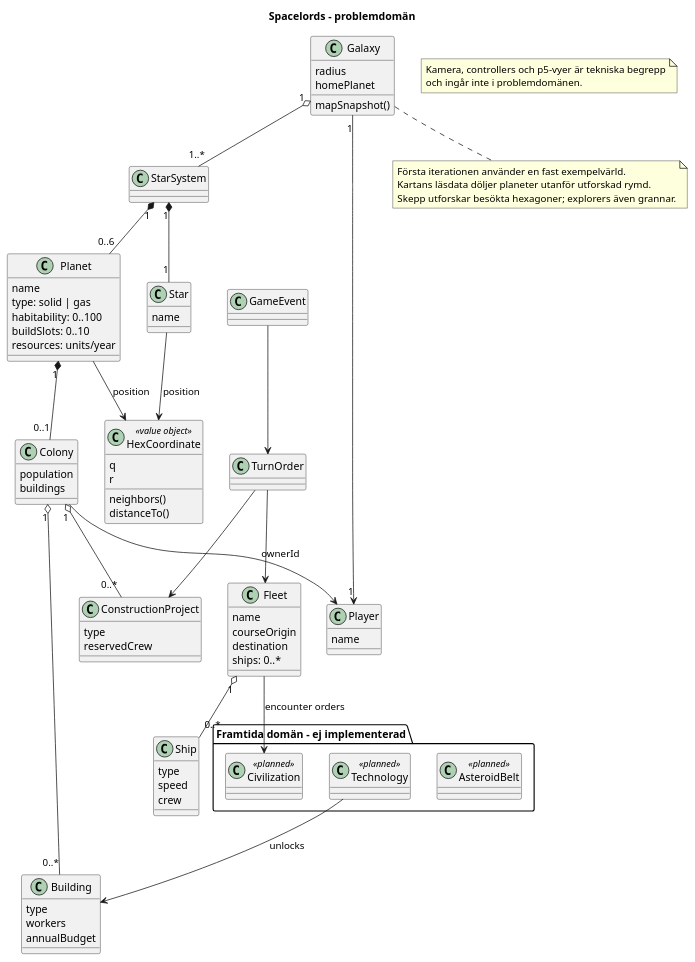
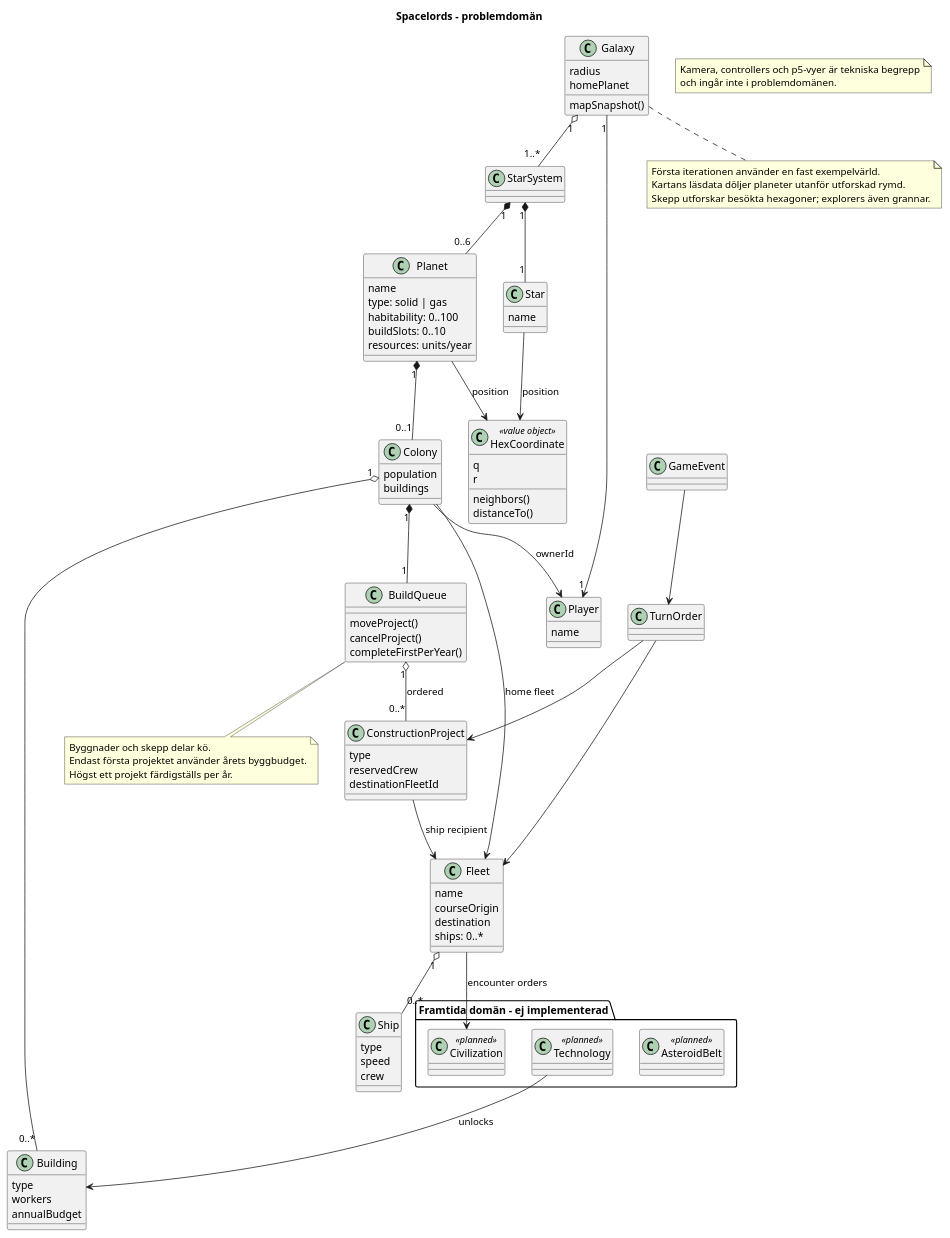
One commit to dntoll/spacelords changed the diagram in docs/domain-model.puml. Above: the diagram before and after it, drawn with PlantUML. The commit also changed 13 other files, not shown here.

Commit message:
Add shared construction queue and ship fleet assignment

```diff
--- a/docs/domain-model.puml
+++ b/docs/domain-model.puml
@@ -1,87 +1,102 @@
 @startuml
 title Spacelords – problemdomän
 
 class Galaxy {
   radius
   homePlanet
   mapSnapshot()
 }
 class StarSystem
 class Star {
   name
 }
 class Planet {
   name
   type: solid | gas
   habitability: 0..100
   buildSlots: 0..10
   resources: units/year
 }
 class Colony {
   population
   buildings
 }
 class Building {
   type
   workers
   annualBudget
 }
 class ConstructionProject {
   type
   reservedCrew
+  destinationFleetId
+}
+class BuildQueue {
+  moveProject()
+  cancelProject()
+  completeFirstPerYear()
 }
 class Ship {
   type
   speed
   crew
 }
 class Fleet {
   name
   courseOrigin
   destination
   ships: 0..*
 }
 class TurnOrder
 class GameEvent
 class Player {
   name
 }
 class HexCoordinate <<value object>> {
   q
   r
   neighbors()
   distanceTo()
 }
 
 Galaxy "1" o-- "1..*" StarSystem
 Galaxy "1" --> "1" Player
 StarSystem "1" *-- "1" Star
 StarSystem "1" *-- "0..6" Planet
 Star --> HexCoordinate : position
 Planet --> HexCoordinate : position
 Planet "1" *-- "0..1" Colony
 Colony --> Player : ownerId
 Colony "1" o-- "0..*" Building
-Colony "1" o-- "0..*" ConstructionProject
+Colony "1" *-- "1" BuildQueue
+BuildQueue "1" o-- "0..*" ConstructionProject : ordered
+ConstructionProject --> Fleet : ship recipient
+Colony --> Fleet : home fleet
 Fleet "1" o-- "0..*" Ship
 TurnOrder --> ConstructionProject
 TurnOrder --> Fleet
 GameEvent --> TurnOrder
+
+note bottom of BuildQueue
+  Byggnader och skepp delar kö.
+  Endast första projektet använder årets byggbudget.
+  Högst ett projekt färdigställs per år.
+end note
 
 note bottom of Galaxy
   Första iterationen använder en fast exempelvärld.
   Kartans läsdata döljer planeter utanför utforskad rymd.
   Skepp utforskar besökta hexagoner; explorers även grannar.
 end note
 
 package "Framtida domän – ej implementerad" {
   class AsteroidBelt <<planned>>
   class Technology <<planned>>
   class Civilization <<planned>>
   Fleet --> Civilization : encounter orders
   Technology --> Building : unlocks
 }
 
 note "Kamera, controllers och p5-vyer är tekniska begrepp\noch ingår inte i problemdomänen." as Scope
 
 @enduml
```
